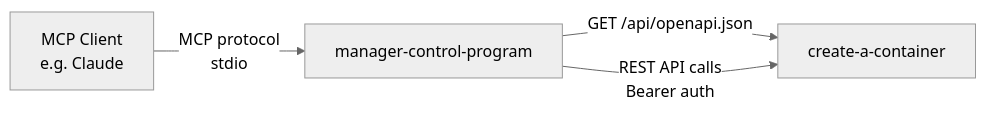
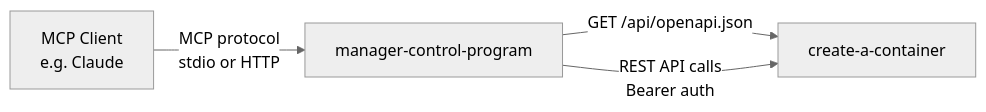
The diagram in manager-control-program/README.md (mieweb/opensource-server), drawn with Mermaid (neutral theme) before and after one commit. The commit also changed other lines of this file and 1 other file, not shown here.

First line of the commit message:
feat(manager-control-program): HTTP transport with per-request auth forwarding

````diff
--- a/manager-control-program/README.md
+++ b/manager-control-program/README.md
@@ -68,6 +99,6 @@
 ```mermaid
 graph LR
-    A[MCP Client<br/>e.g. Claude] -->|MCP protocol<br/>stdio| B[manager-control-program]
+    A[MCP Client<br/>e.g. Claude] -->|MCP protocol<br/>stdio or HTTP| B[manager-control-program]
     B -->|GET /api/openapi.json| C[create-a-container]
     B -->|REST API calls<br/>Bearer auth| C
 ```
````
